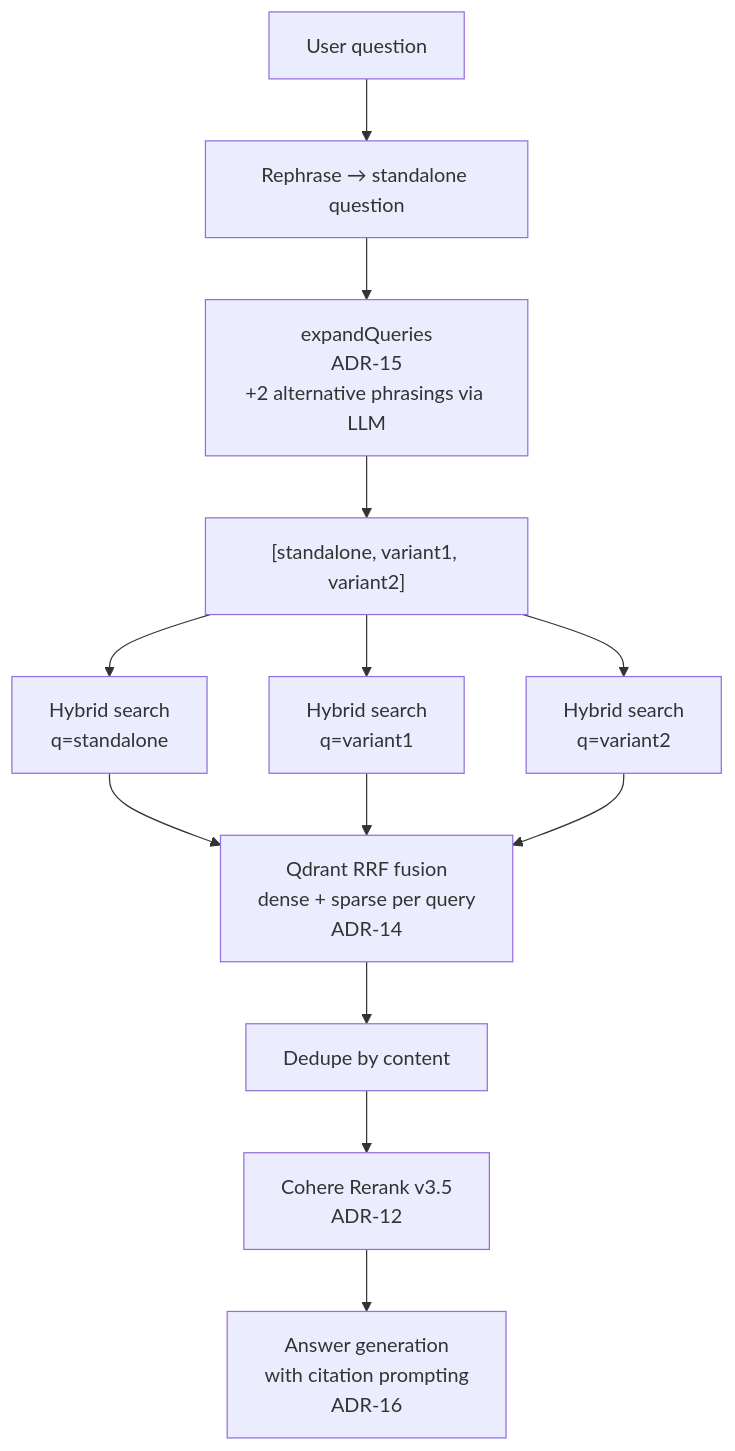
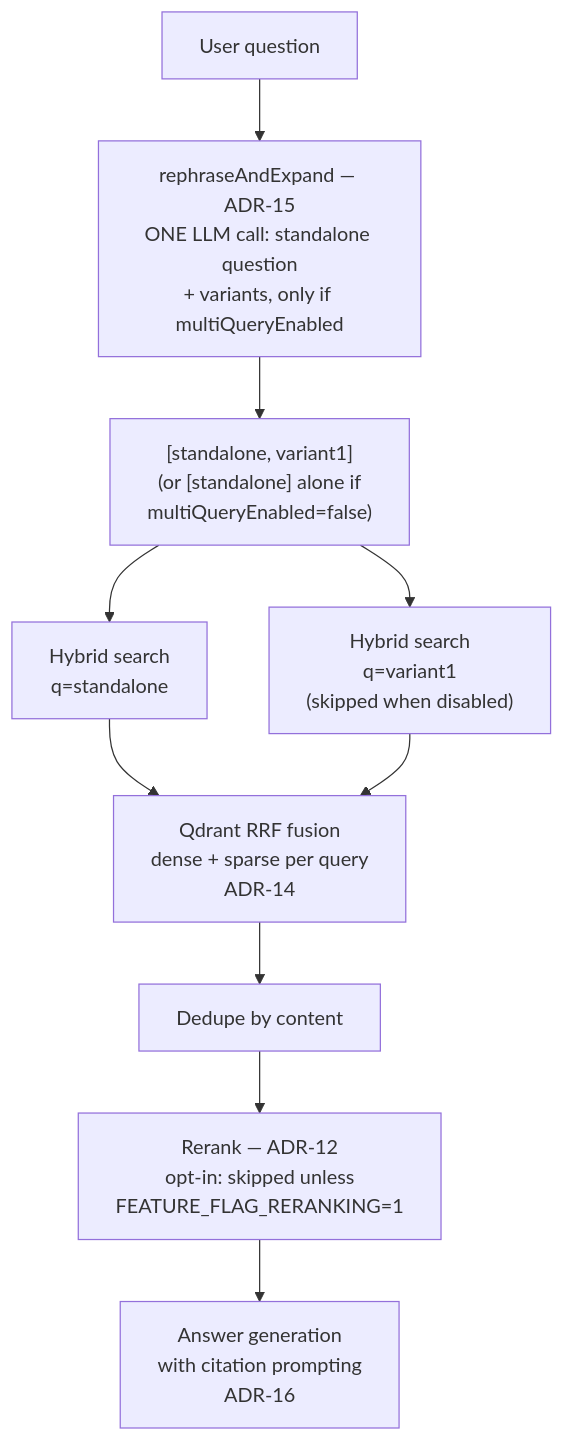
One commit to webamigos/RagenAI changed the second of 3 diagrams in docs/rag-pipeline.md. Above: the diagram before and after it, drawn with Mermaid. The commit also changed other lines of this file and 26 other files, not shown here.

````diff
--- a/docs/rag-pipeline.md
+++ b/docs/rag-pipeline.md
@@ -20,15 +20,12 @@
 ```mermaid
 flowchart TD
-    Q[User question] --> R[Rephrase → standalone question]
-    R --> X[expandQueries<br/>ADR-15<br/>+2 alternative phrasings via LLM]
-    X --> P["[standalone, variant1, variant2]"]
+    Q[User question] --> R["rephraseAndExpand — ADR-15<br/>ONE LLM call: standalone question<br/>+ variants, only if multiQueryEnabled"]
+    R --> P["[standalone, variant1]<br/>(or [standalone] alone if<br/>multiQueryEnabled=false)"]
     P --> S1[Hybrid search<br/>q=standalone]
-    P --> S2[Hybrid search<br/>q=variant1]
-    P --> S3[Hybrid search<br/>q=variant2]
+    P --> S2["Hybrid search<br/>q=variant1<br/>(skipped when disabled)"]
     S1 --> D1[Qdrant RRF fusion<br/>dense + sparse per query<br/>ADR-14]
     S2 --> D1
-    S3 --> D1
     D1 --> U[Dedupe by content]
-    U --> RR[Cohere Rerank v3.5<br/>ADR-12]
+    U --> RR["Rerank — ADR-12<br/>opt-in: skipped unless<br/>FEATURE_FLAG_RERANKING=1"]
     RR --> G[Answer generation<br/>with citation prompting<br/>ADR-16]
 ```
````
